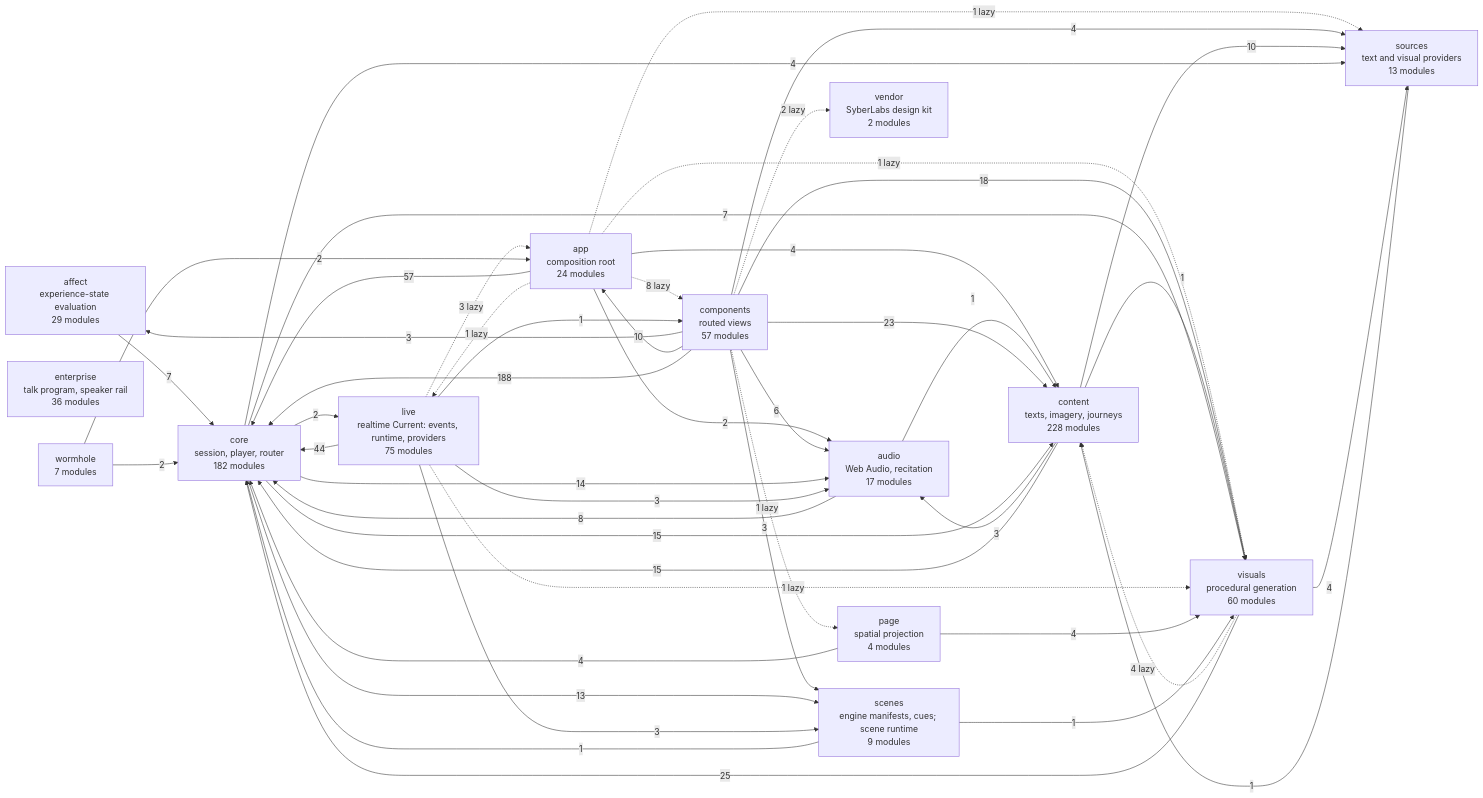
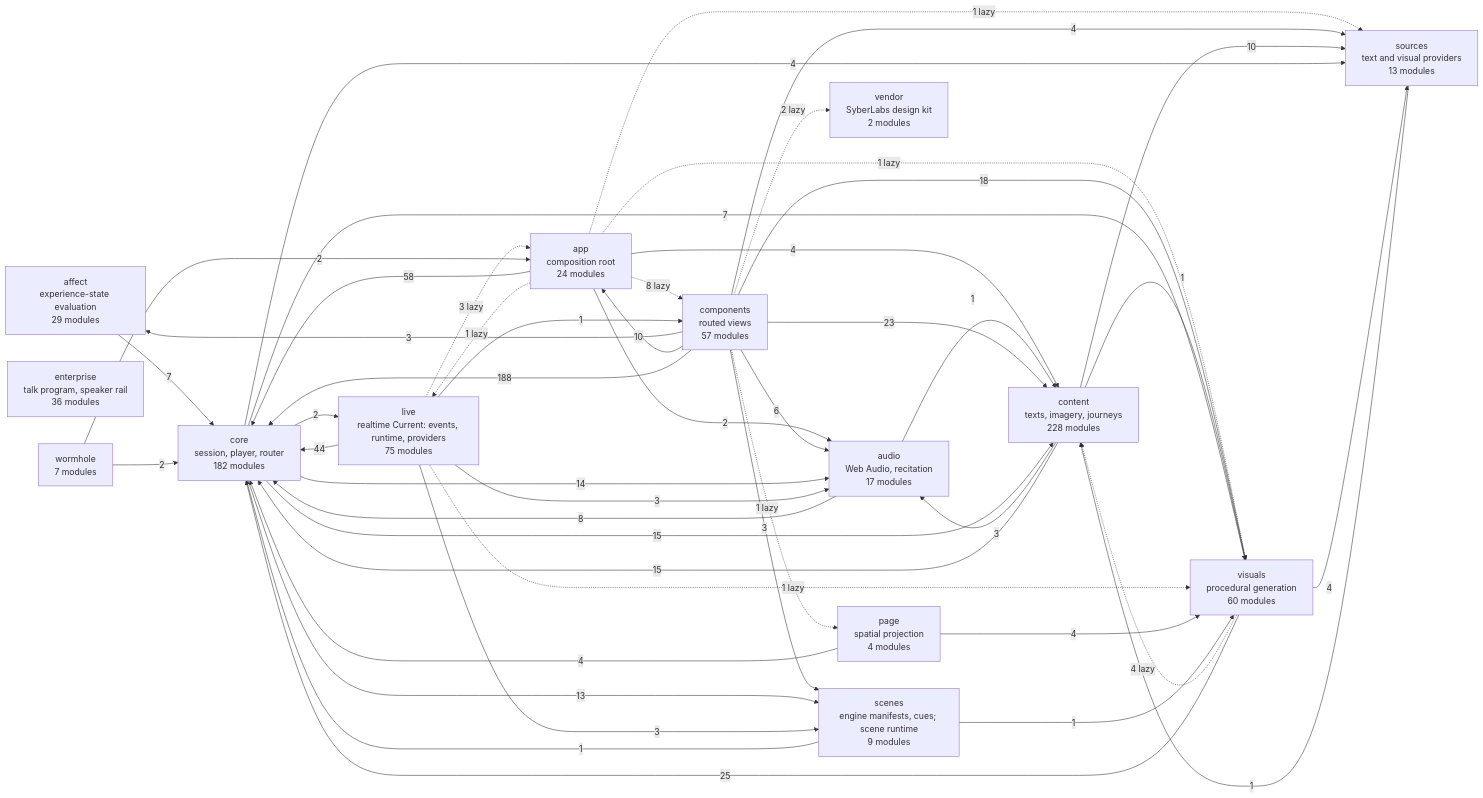
Before and after one commit to SyberLabs/RISE: the diagram in docs/specs/ARCHITECTURE.md, drawn with Mermaid.

Commit message:
The architecture diagram counts the changes page's read of the generator's contract

````diff
--- a/docs/specs/ARCHITECTURE.md
+++ b/docs/specs/ARCHITECTURE.md
@@ -161,64 +161,64 @@
 ```mermaid
 flowchart LR
     affect["affect<br/>experience-state evaluation<br/>29 modules"]
     app["app<br/>composition root<br/>24 modules"]
     audio["audio<br/>Web Audio, recitation<br/>17 modules"]
     components["components<br/>routed views<br/>57 modules"]
     content["content<br/>texts, imagery, journeys<br/>228 modules"]
     core["core<br/>session, player, router<br/>182 modules"]
     enterprise["enterprise<br/>talk program, speaker rail<br/>36 modules"]
     live["live<br/>realtime Current: events, runtime, providers<br/>75 modules"]
     page["page<br/>spatial projection<br/>4 modules"]
     scenes["scenes<br/>engine manifests, cues; scene runtime<br/>9 modules"]
     sources["sources<br/>text and visual providers<br/>13 modules"]
     vendor["vendor<br/>SyberLabs design kit<br/>2 modules"]
     visuals["visuals<br/>procedural generation<br/>60 modules"]
     wormhole["wormhole<br/>7 modules"]
 
     affect --> |7| core
     app --> |2| audio
     app -.-> |8 lazy| components
     app --> |4| content
-    app --> |57| core
+    app --> |58| core
     app -.-> |1 lazy| live
     app -.-> |1 lazy| sources
     app -.-> |1 lazy| visuals
     audio --> |1| content
     audio --> |8| core
     components --> |3| affect
     components --> |10| app
     components --> |6| audio
     components --> |23| content
     components --> |188| core
     components -.-> |1 lazy| page
     components --> |3| scenes
     components --> |4| sources
     components -.-> |2 lazy| vendor
     components --> |18| visuals
     content --> |3| audio
     content --> |15| core
     content --> |10| sources
     content --> |1| visuals
     core --> |14| audio
     core --> |15| content
     core --> |2| live
     core --> |13| scenes
     core --> |4| sources
     core --> |7| visuals
     live -.-> |3 lazy| app
     live --> |3| audio
     live --> |1| components
     live --> |44| core
     live --> |3| scenes
     live -.-> |1 lazy| visuals
     page --> |4| core
     page --> |4| visuals
     scenes --> |1| core
     scenes --> |1| visuals
     sources --> |1| content
     visuals -.-> |4 lazy| content
     visuals --> |25| core
     visuals --> |4| sources
     wormhole --> |2| app
     wormhole --> |2| core
 ```
````
